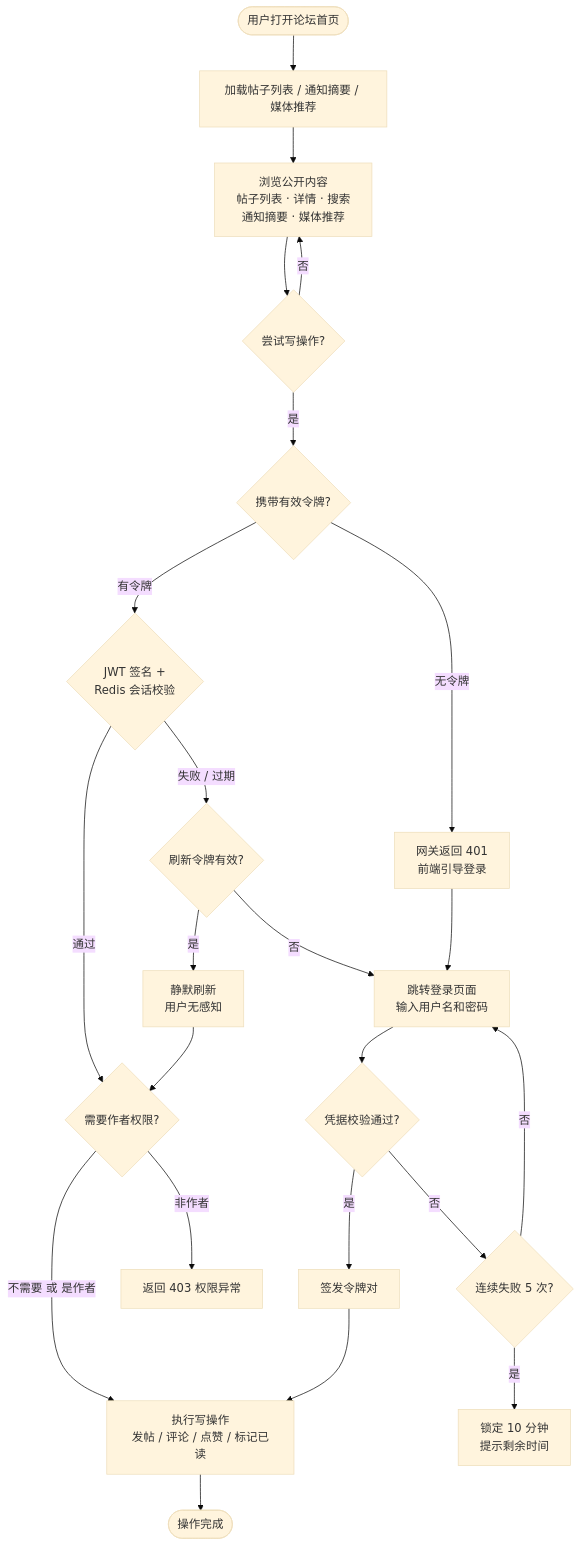
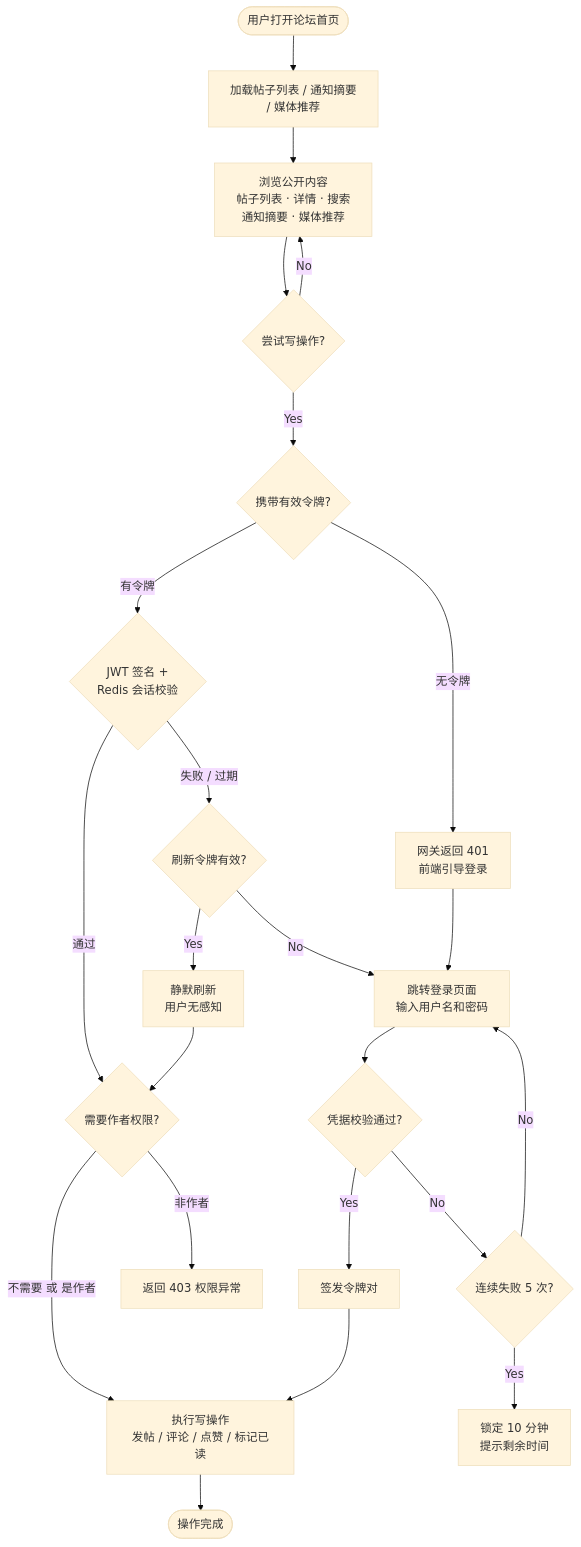
Before and after one commit to Wkjlovec/graduation_project_zhuang: the diagram in docs/diagrams/fig3-10-user-activity.mmd, drawn with Mermaid (base theme). The commit also changed 1 other file, not shown here.

Commit message:
docs: fig3-10矩形加宽显示完整'媒体推荐', 是/否改为Yes/No

```diff
--- a/docs/diagrams/fig3-10-user-activity.mmd
+++ b/docs/diagrams/fig3-10-user-activity.mmd
@@ -1,28 +1,28 @@
 flowchart TD
-    Start([用户打开论坛首页]) --> LoadHome[加载帖子列表 / 通知摘要 / 媒体推荐]
-    LoadHome --> BrowsePublic[浏览公开内容\n帖子列表 · 详情 · 搜索\n通知摘要 · 媒体推荐]
+    Start([用户打开论坛首页]) --> LoadHome["加载帖子列表 / 通知摘要\n/ 媒体推荐"]
+    LoadHome --> BrowsePublic["浏览公开内容\n帖子列表 · 详情 · 搜索\n通知摘要 · 媒体推荐"]
     BrowsePublic --> IsWrite{尝试写操作?}
-    IsWrite -->|否| BrowsePublic
+    IsWrite -->|No| BrowsePublic
 
-    IsWrite -->|是| HasToken{携带有效令牌?}
+    IsWrite -->|Yes| HasToken{携带有效令牌?}
 
     HasToken -->|有令牌| Verify{JWT 签名 +\nRedis 会话校验}
     Verify -->|通过| OwnerChk{需要作者权限?}
-    OwnerChk -->|不需要 或 是作者| Exec[执行写操作\n发帖 / 评论 / 点赞 / 标记已读]
+    OwnerChk -->|不需要 或 是作者| Exec["执行写操作\n发帖 / 评论 / 点赞 / 标记已读"]
     OwnerChk -->|非作者| Deny403[返回 403 权限异常]
     Exec --> Done([操作完成])
 
     Verify -->|失败 / 过期| CanRefresh{刷新令牌有效?}
-    CanRefresh -->|是| Silent[静默刷新\n用户无感知]
+    CanRefresh -->|Yes| Silent["静默刷新\n用户无感知"]
     Silent --> OwnerChk
 
-    HasToken -->|无令牌| Guide401[网关返回 401\n前端引导登录]
-    Guide401 --> Login[跳转登录页面\n输入用户名和密码]
-    CanRefresh -->|否| Login
+    HasToken -->|无令牌| Guide401["网关返回 401\n前端引导登录"]
+    Guide401 --> Login["跳转登录页面\n输入用户名和密码"]
+    CanRefresh -->|No| Login
 
     Login --> AuthOK{凭据校验通过?}
-    AuthOK -->|是| Issue[签发令牌对]
+    AuthOK -->|Yes| Issue[签发令牌对]
     Issue --> Exec
-    AuthOK -->|否| Fail5{连续失败 5 次?}
-    Fail5 -->|否| Login
-    Fail5 -->|是| Lock[锁定 10 分钟\n提示剩余时间]
+    AuthOK -->|No| Fail5{连续失败 5 次?}
+    Fail5 -->|No| Login
+    Fail5 -->|Yes| Lock["锁定 10 分钟\n提示剩余时间"]
```
